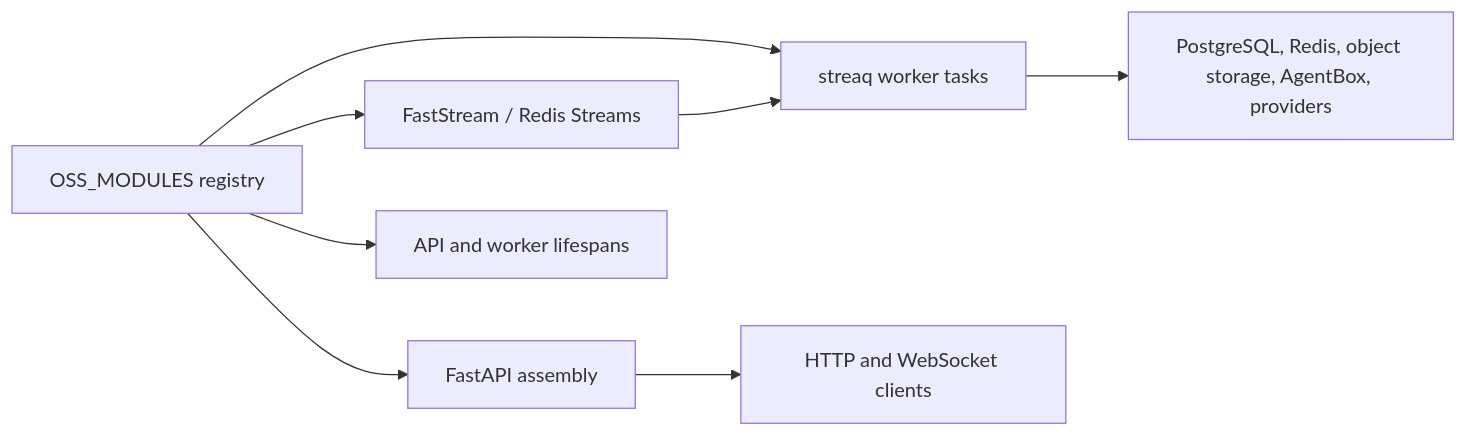
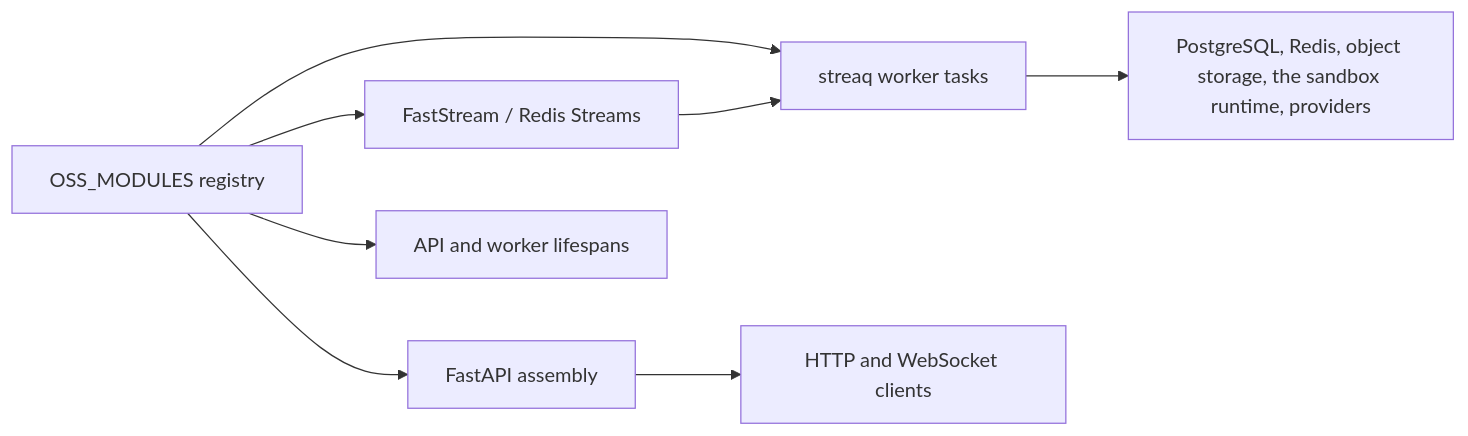
One commit to lemma-work/lemma-platform changed the first of 2 diagrams in lemma-backend/docs/modules/README.md. Above: the diagram before and after it, drawn with Mermaid. The commit also changed other lines of this file and 168 other files, not shown here.

````diff
--- a/lemma-backend/docs/modules/README.md
+++ b/lemma-backend/docs/modules/README.md
@@ -15,10 +15,10 @@
 ```mermaid
 flowchart LR
     R["OSS_MODULES registry"] --> A["FastAPI assembly"]
     R --> E["FastStream / Redis Streams"]
     R --> J["streaq worker tasks"]
     R --> L["API and worker lifespans"]
     A --> U["HTTP and WebSocket clients"]
     E --> J
-    J --> P["PostgreSQL, Redis, object storage, AgentBox, providers"]
+    J --> P["PostgreSQL, Redis, object storage, the sandbox runtime, providers"]
 ```
````
